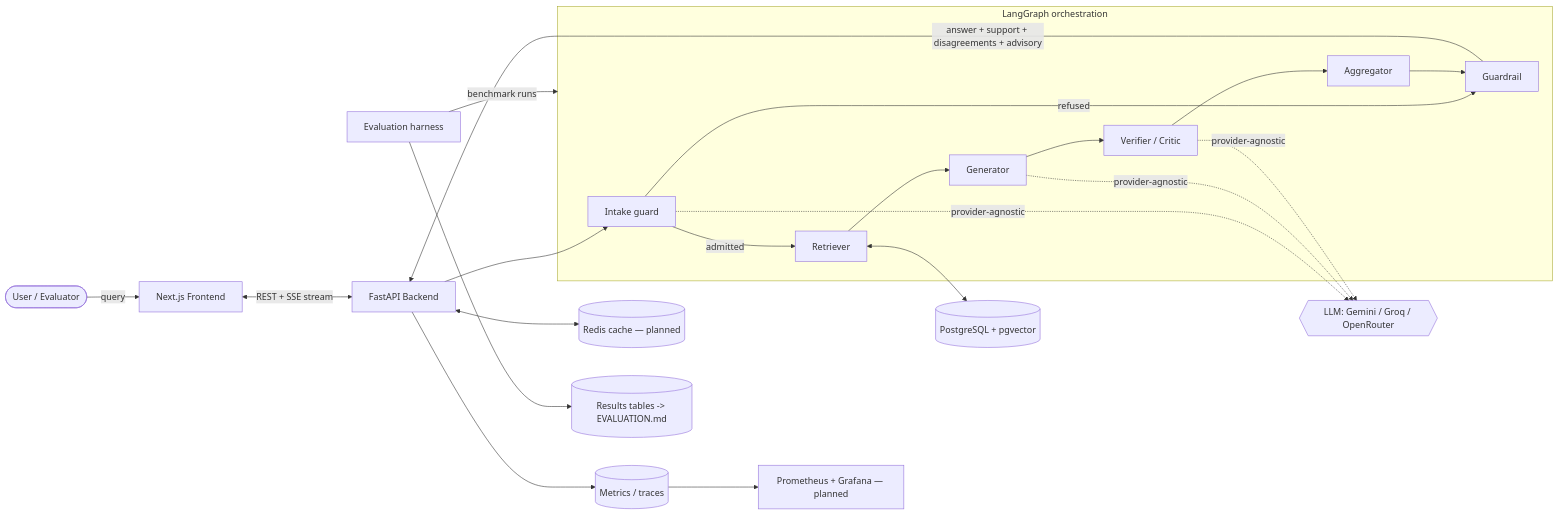
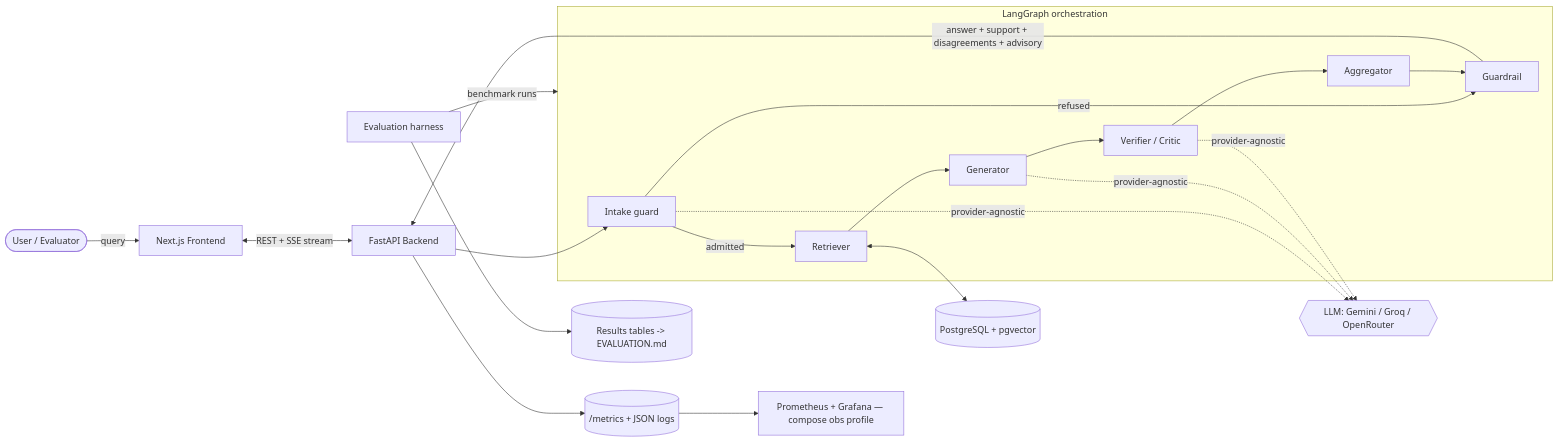
Before and after one commit to jaygautam-creator/Aletheia: the first of 2 diagrams in ARCHITECTURE.md, drawn with Mermaid. The commit also changed other lines of this file and 9 other files, not shown here.

First line of the commit message:
chore(infra,docs): remove Redis — no cache has earned its place (D3, ADR-0008)

````diff
--- a/ARCHITECTURE.md
+++ b/ARCHITECTURE.md
@@ -27,35 +27,34 @@
 ```mermaid
 flowchart LR
     User([User / Evaluator]) -->|query| FE[Next.js Frontend]
     FE <-->|REST + SSE stream| API[FastAPI Backend]
 
     subgraph Orchestration [LangGraph orchestration]
         IN[Intake guard]
         RE[Retriever]
         GR[Generator]
         VE[Verifier / Critic]
         AG[Aggregator]
         GD[Guardrail]
     end
 
     API --> IN
     IN -->|admitted| RE
     IN -->|refused| GD
     RE --> GR
     GR --> VE
     VE --> AG
     AG --> GD
     GD -->|answer + support + disagreements + advisory| API
 
     RE <--> PG[(PostgreSQL + pgvector)]
-    API <--> RC[(Redis cache — planned)]
     IN -. provider-agnostic .-> LLM{{LLM: Gemini / Groq / OpenRouter}}
     GR -. provider-agnostic .-> LLM
     VE -. provider-agnostic .-> LLM
 
-    API --> OBS[(Metrics / traces)]
-    OBS --> Graf[Prometheus + Grafana — planned]
+    API --> OBS[(/metrics + JSON logs)]
+    OBS --> Graf[Prometheus + Grafana — compose obs profile]
 
     Harness[Evaluation harness] -->|benchmark runs| Orchestration
     Harness --> Results[(Results tables -> EVALUATION.md)]
 ```
````
